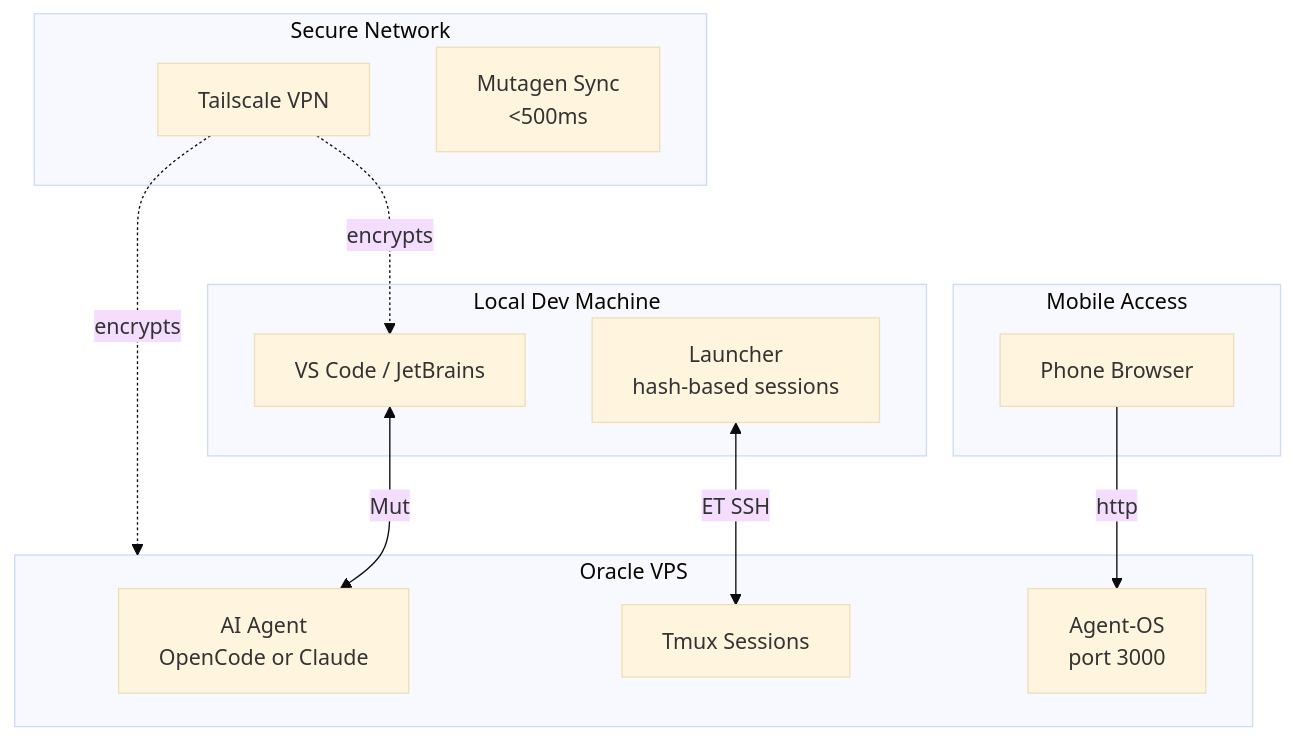
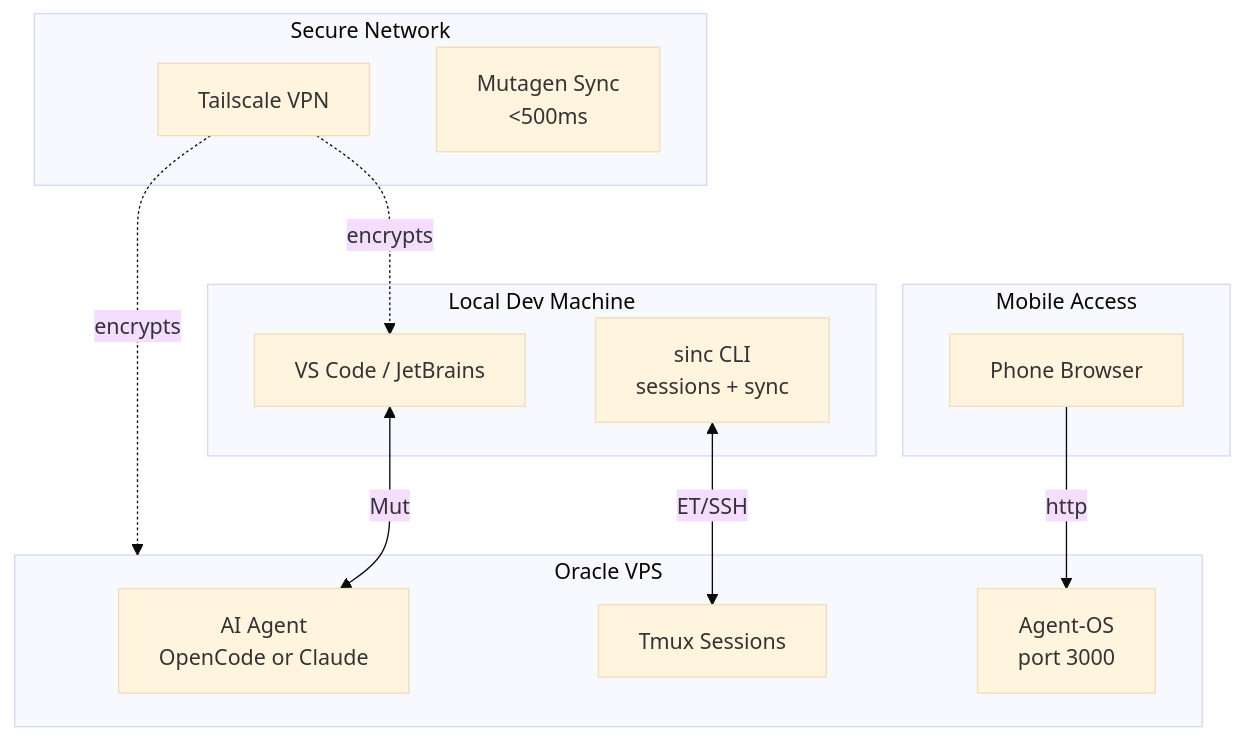
Before and after one commit to Microck/sincronizado: the diagram in README.md, drawn with Mermaid (base theme). The commit also changed other lines of this file and 14 other files, not shown here.

First line of the commit message:
docs: align docs and installers with sinc CLI

````diff
--- a/README.md
+++ b/README.md
@@ -30,28 +30,28 @@
 ```mermaid
 graph TB
     subgraph Local["Local Dev Machine"]
         VS[VS Code / JetBrains]
-        Launcher[Launcher<br/>hash-based sessions]
+        CLI[sinc CLI<br/>sessions + sync]
     end
 
     subgraph Network["Secure Network"]
         TS[Tailscale VPN]
         Mut[Mutagen Sync<br/><500ms]
     end
 
     subgraph VPS["Oracle VPS"]
         AI[AI Agent<br/>OpenCode or Claude]
         TM[Tmux Sessions]
         AO[Agent-OS<br/>port 3000]
     end
 
     subgraph Mobile["Mobile Access"]
         Phone[Phone Browser]
     end
 
     VS <-->|Mut| AI
-    Launcher <-->|ET SSH| TM
+    CLI <-->|ET/SSH| TM
     TS -.->|encrypts| VS
     TS -.->|encrypts| VPS
     Phone -->|http| AO
 ```
````
